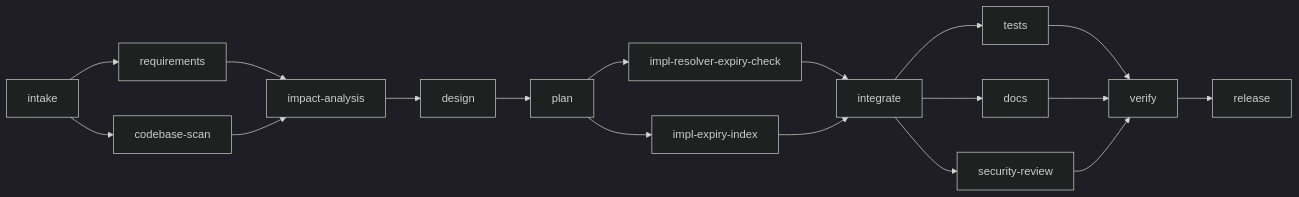
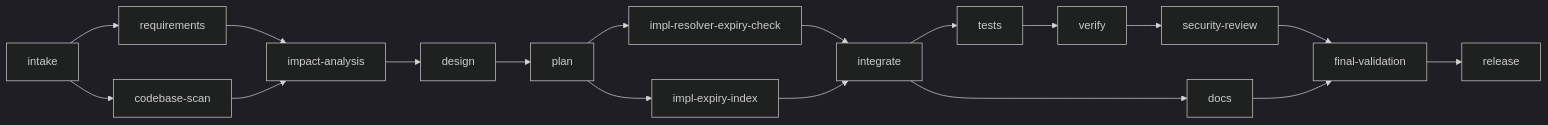
Before and after one commit to Marisha-Sahay/agentic-sdlc-orchestrator: the diagram in docs/scenarios/drill.md, drawn with Mermaid (dark theme). The commit also changed other lines of this file and 30 other files, not shown here.

````diff
--- a/docs/scenarios/drill.md
+++ b/docs/scenarios/drill.md
@@ -42,20 +43,20 @@
 ```mermaid
 flowchart LR
   intake --> requirements
   intake --> codebase-scan
   requirements --> impact-analysis
   codebase-scan --> impact-analysis
   impact-analysis --> design
   design --> plan
   plan --> impl-resolver-expiry-check
   plan --> impl-expiry-index
   impl-resolver-expiry-check --> integrate
   impl-expiry-index --> integrate
   integrate --> tests
   integrate --> docs
-  integrate --> security-review
   tests --> verify
-  docs --> verify
-  security-review --> verify
-  verify --> release
+  verify --> security-review
+  security-review --> final-validation
+  docs --> final-validation
+  final-validation --> release
 ```
````
